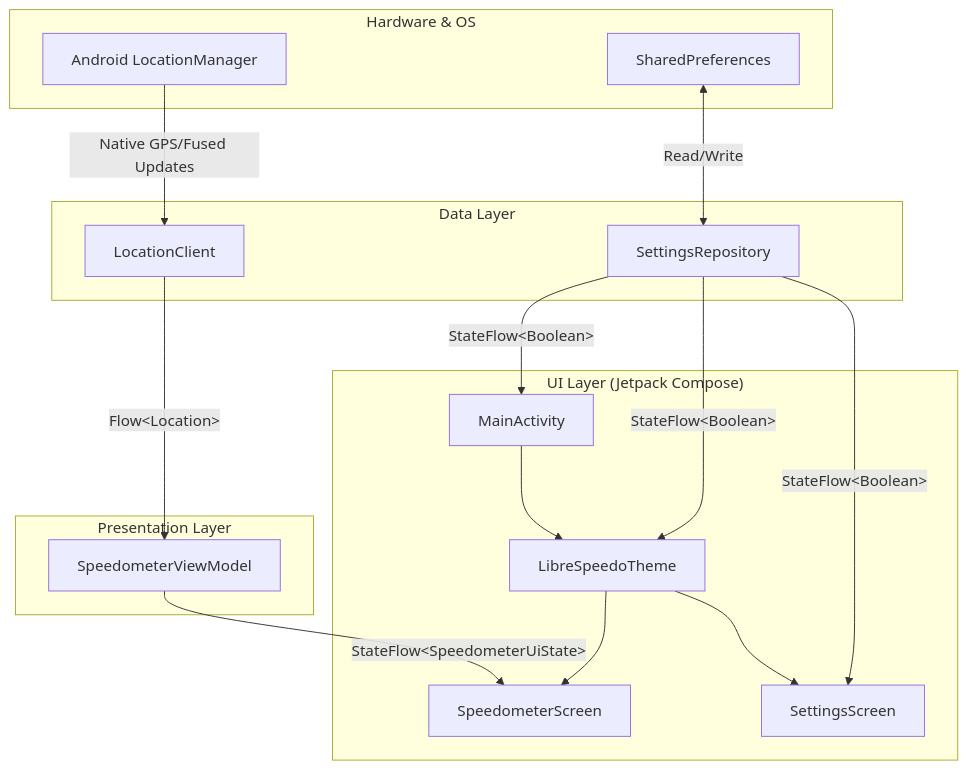
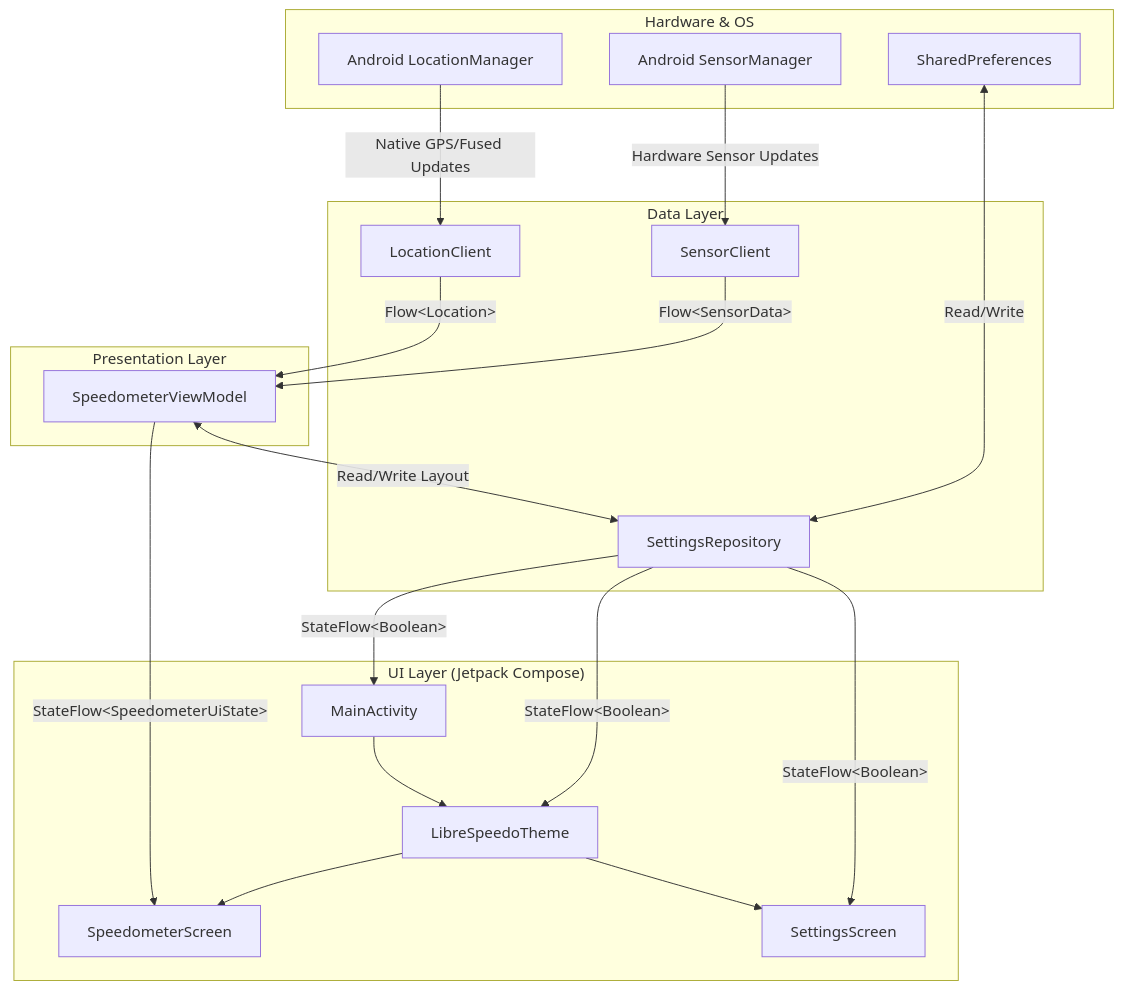
The diagram in docs/architecture.md (F1r3f0x/LibreSpeedo), drawn with Mermaid before and after one commit. The commit also changed other lines of this file and 70 other files, not shown here.

````diff
--- a/docs/architecture.md
+++ b/docs/architecture.md
@@ -6,39 +6,44 @@
 ```mermaid
 graph TD
     subgraph "Hardware & OS"
         LM[Android LocationManager]
+        SM[Android SensorManager]
         SP[SharedPreferences]
     end
 
     subgraph "Data Layer"
         LC[LocationClient]
+        SC[SensorClient]
         SR[SettingsRepository]
     end
 
     subgraph "Presentation Layer"
         VM[SpeedometerViewModel]
     end
 
     subgraph "UI Layer (Jetpack Compose)"
         MA[MainActivity]
         Theme[LibreSpeedoTheme]
         SS[SpeedometerScreen]
         SetS[SettingsScreen]
     end
 
     %% Data Flow
     LM -->|Native GPS/Fused Updates| LC
+    SM -->|Hardware Sensor Updates| SC
     LC -->|Flow&lt;Location&gt;| VM
+    SC -->|Flow&lt;SensorData&gt;| VM
     VM -->|StateFlow&lt;SpeedometerUiState&gt;| SS
 
     %% Settings Flow
     SP <-->|Read/Write| SR
     SR -->|StateFlow&lt;Boolean&gt;| MA
     SR -->|StateFlow&lt;Boolean&gt;| Theme
     SR -->|StateFlow&lt;Boolean&gt;| SetS
+    VM <-->|Read/Write Layout| SR
 
     %% UI Hierarchy
     MA --> Theme
     Theme --> SS
     Theme --> SetS
 ```
````
